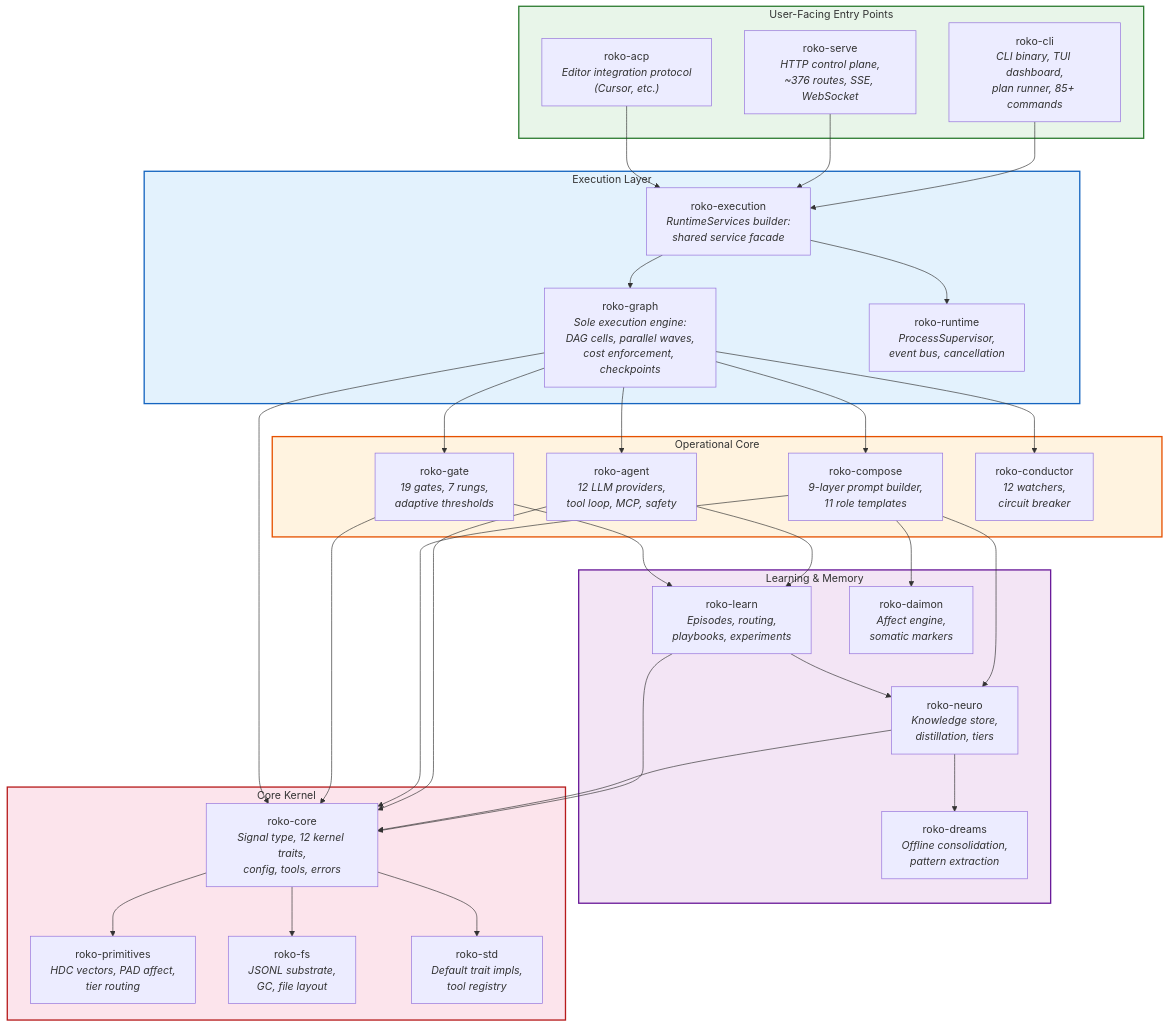
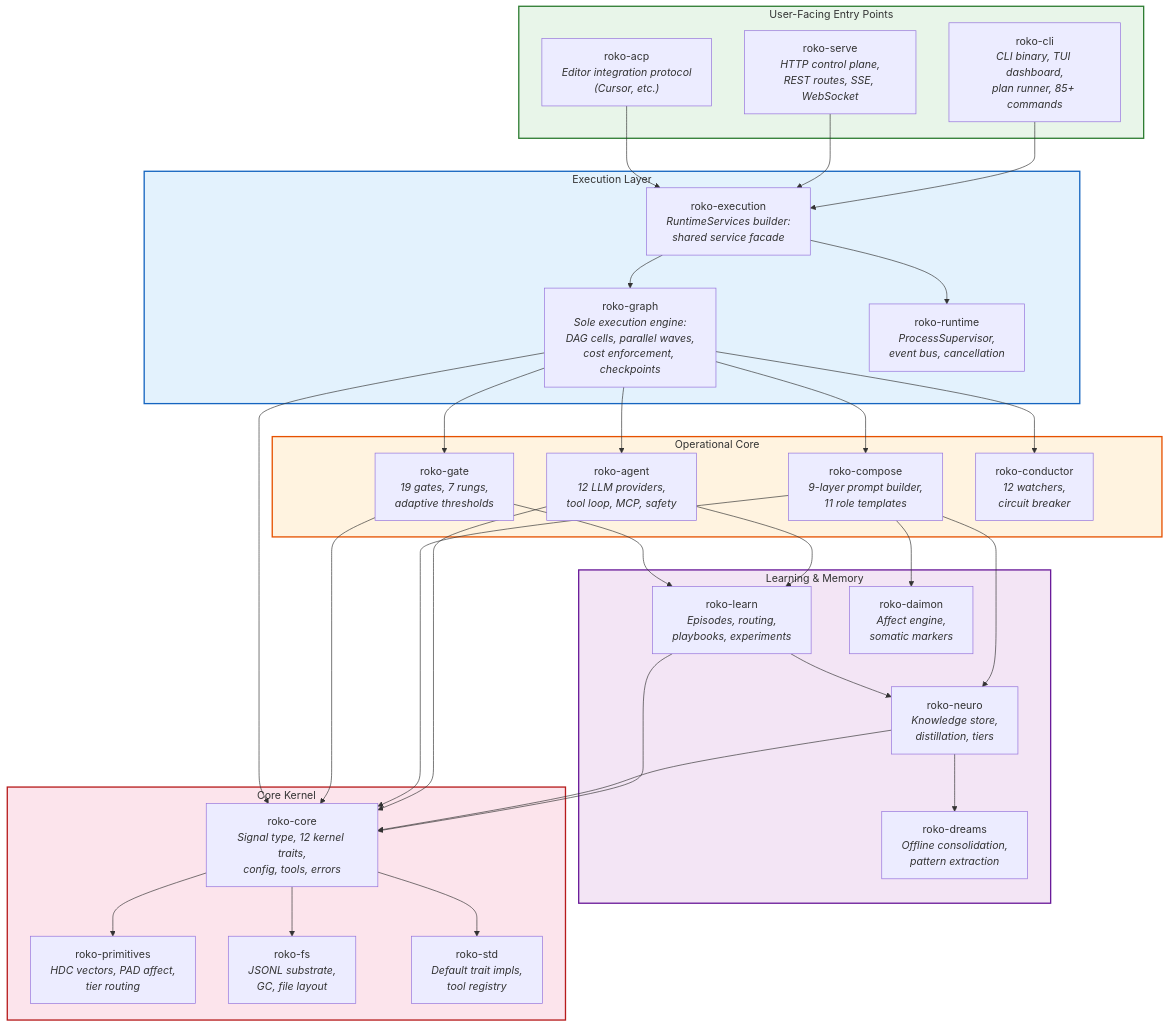
The second of 5 diagrams in docs/v3/35-ARCHITECTURE.md (wpank/roko), drawn with Mermaid before and after one commit. The commit also changed other lines of this file and 30 other files, not shown here.

````diff
--- a/docs/v3/35-ARCHITECTURE.md
+++ b/docs/v3/35-ARCHITECTURE.md
@@ -188,71 +188,71 @@
 ```mermaid
 graph TB
     subgraph UserFacing ["User-Facing Entry Points"]
         CLI["roko-cli<br/><i>CLI binary, TUI dashboard,<br/>plan runner, 85+ commands</i>"]
-        SERVE["roko-serve<br/><i>HTTP control plane,<br/>~376 routes, SSE, WebSocket</i>"]
+        SERVE["roko-serve<br/><i>HTTP control plane,<br/>REST routes, SSE, WebSocket</i>"]
         ACP["roko-acp<br/><i>Editor integration protocol<br/>(Cursor, etc.)</i>"]
     end
 
     subgraph Execution ["Execution Layer"]
         GRAPH["roko-graph<br/><i>Sole execution engine:<br/>DAG cells, parallel waves,<br/>cost enforcement, checkpoints</i>"]
         EXEC["roko-execution<br/><i>RuntimeServices builder:<br/>shared service facade</i>"]
         RUNTIME["roko-runtime<br/><i>ProcessSupervisor,<br/>event bus, cancellation</i>"]
     end
 
     subgraph Operations ["Operational Core"]
         AGENT["roko-agent<br/><i>12 LLM providers,<br/>tool loop, MCP, safety</i>"]
         COMPOSE["roko-compose<br/><i>9-layer prompt builder,<br/>11 role templates</i>"]
         GATE["roko-gate<br/><i>19 gates, 7 rungs,<br/>adaptive thresholds</i>"]
         CONDUCTOR["roko-conductor<br/><i>12 watchers,<br/>circuit breaker</i>"]
     end
 
     subgraph Learning ["Learning & Memory"]
         LEARN["roko-learn<br/><i>Episodes, routing,<br/>playbooks, experiments</i>"]
         NEURO["roko-neuro<br/><i>Knowledge store,<br/>distillation, tiers</i>"]
         DREAMS["roko-dreams<br/><i>Offline consolidation,<br/>pattern extraction</i>"]
         DAIMON["roko-daimon<br/><i>Affect engine,<br/>somatic markers</i>"]
     end
 
     subgraph Kernel ["Core Kernel"]
         CORE["roko-core<br/><i>Signal type, 12 kernel traits,<br/>config, tools, errors</i>"]
         PRIMS["roko-primitives<br/><i>HDC vectors, PAD affect,<br/>tier routing</i>"]
         FS["roko-fs<br/><i>JSONL substrate,<br/>GC, file layout</i>"]
         STD["roko-std<br/><i>Default trait impls,<br/>tool registry</i>"]
     end
 
     CLI --> EXEC
     SERVE --> EXEC
     ACP --> EXEC
 
     EXEC --> GRAPH
     EXEC --> RUNTIME
 
     GRAPH --> AGENT
     GRAPH --> COMPOSE
     GRAPH --> GATE
     GRAPH --> CONDUCTOR
 
     AGENT --> LEARN
     GATE --> LEARN
     COMPOSE --> NEURO
     COMPOSE --> DAIMON
     LEARN --> NEURO
     NEURO --> DREAMS
 
     AGENT --> CORE
     COMPOSE --> CORE
     GATE --> CORE
     LEARN --> CORE
     NEURO --> CORE
     GRAPH --> CORE
 
     CORE --> PRIMS
     CORE --> FS
     CORE --> STD
 
     style UserFacing fill:#e8f5e9,stroke:#2e7d32,stroke-width:2px
     style Execution fill:#e3f2fd,stroke:#1565c0,stroke-width:2px
     style Operations fill:#fff3e0,stroke:#e65100,stroke-width:2px
     style Learning fill:#f3e5f5,stroke:#6a1b9a,stroke-width:2px
     style Kernel fill:#fce4ec,stroke:#b71c1c,stroke-width:2px
 ```
````
